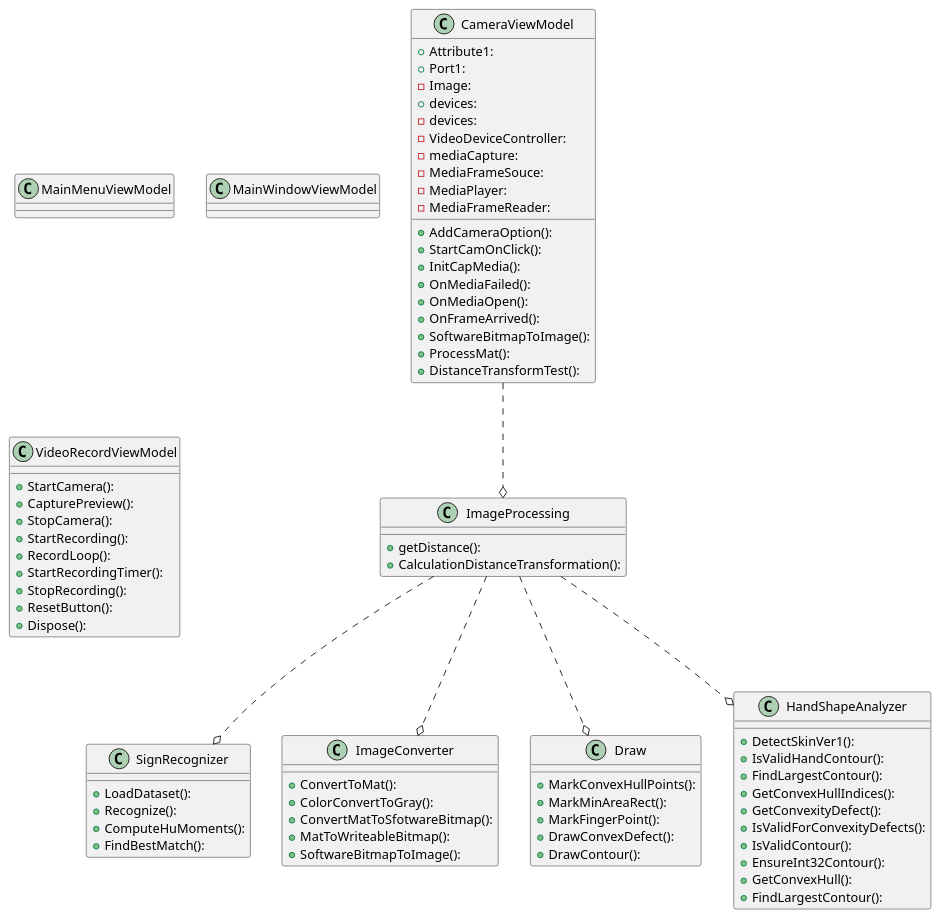
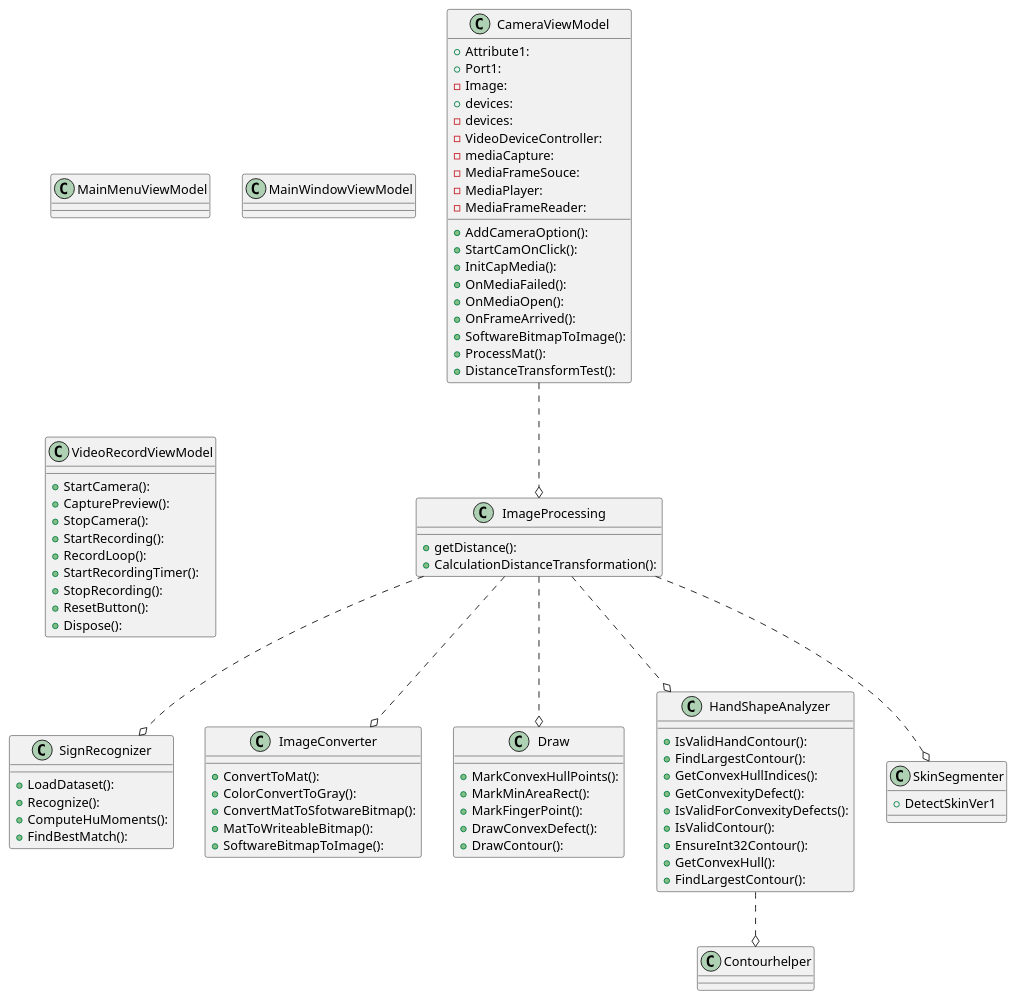
One commit to Bumchic/ProjectHandGestureRegcoDemo changed the diagram in plantuml_export.puml. Above: the diagram before and after it, drawn with PlantUML. The commit also changed 10 other files, not shown here.

```diff
--- a/plantuml_export.puml
+++ b/plantuml_export.puml
@@ -1,80 +1,87 @@
 @startuml
 class CameraViewModel {
   + Attribute1: 
   + Port1: 
   - Image: 
   + devices: 
   - devices: 
   - VideoDeviceController: 
   - mediaCapture: 
   - MediaFrameSouce: 
   - MediaPlayer: 
   - MediaFrameReader: 
   + AddCameraOption(): 
   + StartCamOnClick(): 
   + InitCapMedia(): 
   + OnMediaFailed(): 
   + OnMediaOpen(): 
   + OnFrameArrived(): 
   + SoftwareBitmapToImage(): 
   + ProcessMat(): 
   + DistanceTransformTest(): 
 }
 class ImageProcessing {
   + getDistance(): 
   + CalculationDistanceTransformation(): 
 
 }
 class MainMenuViewModel {
 }
 class MainWindowViewModel {
 }
 class SignRecognizer {
   + LoadDataset(): 
   + Recognize(): 
   + ComputeHuMoments(): 
   + FindBestMatch(): 
 }
 class VideoRecordViewModel {
   + StartCamera(): 
   + CapturePreview(): 
   + StopCamera(): 
   + StartRecording(): 
   + RecordLoop(): 
   + StartRecordingTimer(): 
   + StopRecording(): 
   + ResetButton(): 
   + Dispose(): 
 }
 class ImageConverter {
   + ConvertToMat(): 
   + ColorConvertToGray(): 
   + ConvertMatToSfotwareBitmap(): 
     + MatToWriteableBitmap(): 
   + SoftwareBitmapToImage(): 
 }
 class Draw {
  + MarkConvexHullPoints(): 
   + MarkMinAreaRect(): 
   + MarkFingerPoint(): 
    + DrawConvexDefect(): 
      + DrawContour(): 
 }
 class HandShapeAnalyzer {
-  + DetectSkinVer1(): 
  + IsValidHandContour(): 
   + FindLargestContour():
   + GetConvexHullIndices(): 
   + GetConvexityDefect(): 
   + IsValidForConvexityDefects(): 
   + IsValidContour(): 
   + EnsureInt32Contour(): 
   + GetConvexHull(): 
     + FindLargestContour(): 
 }
+class SkinSegmenter{
+  +DetectSkinVer1
+}
+class Contourhelper{
+  
+}
 CameraViewModel ..o ImageProcessing
 ImageProcessing ..o SignRecognizer
 ImageProcessing ..o Draw
 ImageProcessing ..o HandShapeAnalyzer
 ImageProcessing ..o ImageConverter
+ImageProcessing ..o SkinSegmenter
+HandShapeAnalyzer ..o Contourhelper
 @enduml
```
